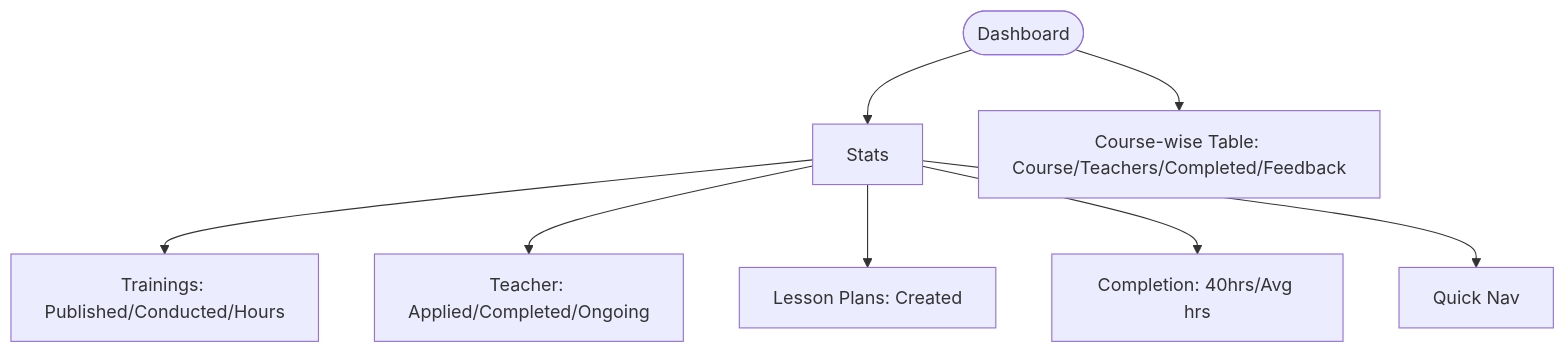
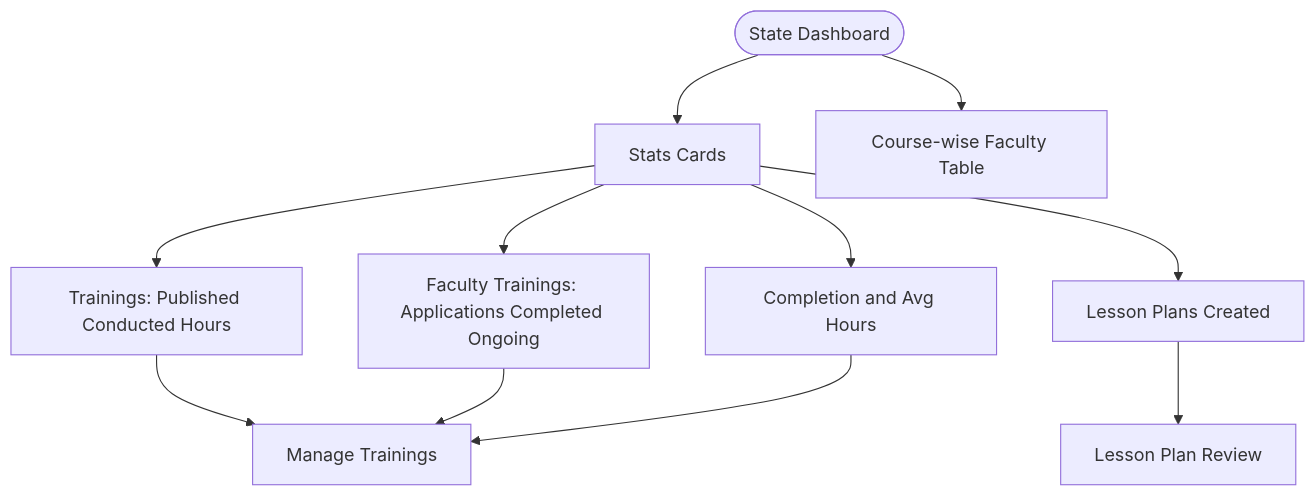
One commit to gunjangupta-gh/placeintern changed the fourth of 27 diagrams in TRAINING_CALENDAR_FLOW_DIAGRAMS.md. Above: the diagram before and after it, drawn with Mermaid. The commit also changed other lines of this file and 1 other file, not shown here.

````diff
--- a/TRAINING_CALENDAR_FLOW_DIAGRAMS.md
+++ b/TRAINING_CALENDAR_FLOW_DIAGRAMS.md
@@ -103,10 +83,13 @@
 ```mermaid
 flowchart TD
-    A([Dashboard])-->B[Stats]
-    B-->C[Trainings: Published/Conducted/Hours]
-    B-->D[Teacher: Applied/Completed/Ongoing]
-    B-->E[Lesson Plans: Created]
-    B-->F[Completion: 40hrs/Avg hrs]
-    B-->G[Quick Nav]
-    A-->H[Course-wise Table: Course/Teachers/Completed/Feedback]
+    A([State Dashboard]) --> B[Stats Cards]
+    B --> C[Trainings: Published Conducted Hours]
+    B --> D[Faculty Trainings: Applications Completed Ongoing]
+    B --> E[Lesson Plans Created]
+    B --> F[Completion and Avg Hours]
+    A --> G[Course-wise Faculty Table]
+    C --> H[Manage Trainings]
+    D --> H
+    E --> I[Lesson Plan Review]
+    F --> H
 ```
````
